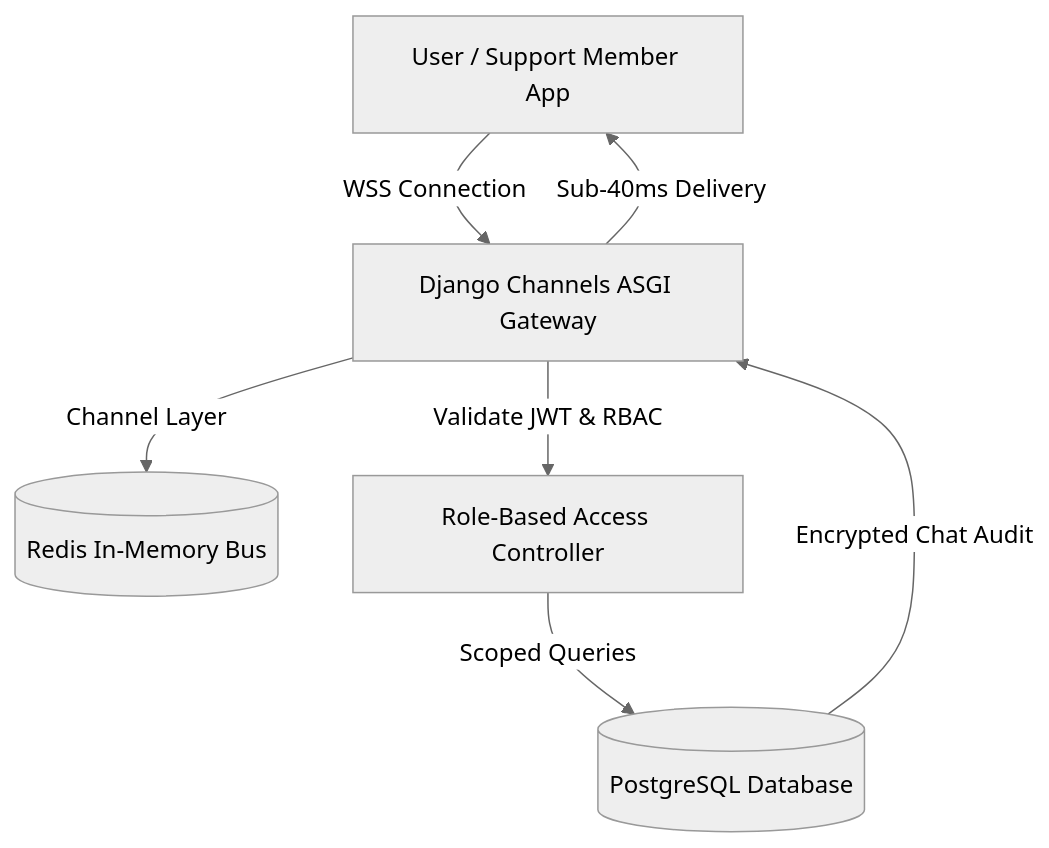
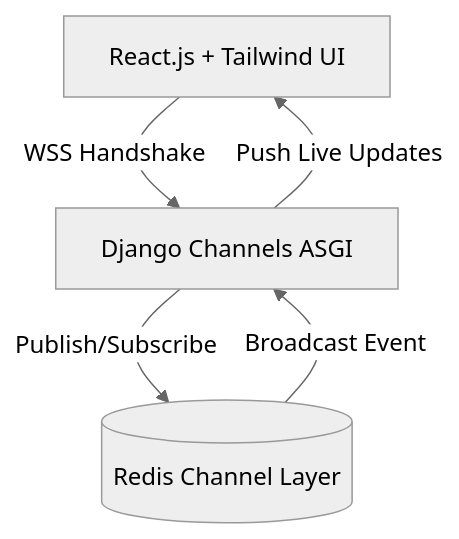
Before and after one commit to sridhar8910/sridhar8910: the third of 4 diagrams in README.md, drawn with Mermaid (neutral theme). The commit also changed other lines of this file, not shown here.

Commit message:
docs: add dynamic multi-stream recruiter matrix and role-specific architecture flowcharts to README

````diff
--- a/README.md
+++ b/README.md
@@ -72,9 +118,7 @@
 ```mermaid
 flowchart TD
-    Client[User / Support Member App] -->|WSS Connection| Channels[Django Channels ASGI Gateway]
-    Channels -->|Channel Layer| Redis[(Redis In-Memory Bus)]
-    Channels -->|Validate JWT & RBAC| Auth[Role-Based Access Controller]
-    Auth -->|Scoped Queries| DB[(PostgreSQL Database)]
-    DB -->|Encrypted Chat Audit| Channels
-    Channels -->|Sub-40ms Delivery| Client
+    ReactApp[React.js + Tailwind UI] -->|WSS Handshake| Channels[Django Channels ASGI]
+    Channels -->|Publish/Subscribe| Redis[(Redis Channel Layer)]
+    Redis -->|Broadcast Event| Channels
+    Channels -->|Push Live Updates| ReactApp
 ```
````
